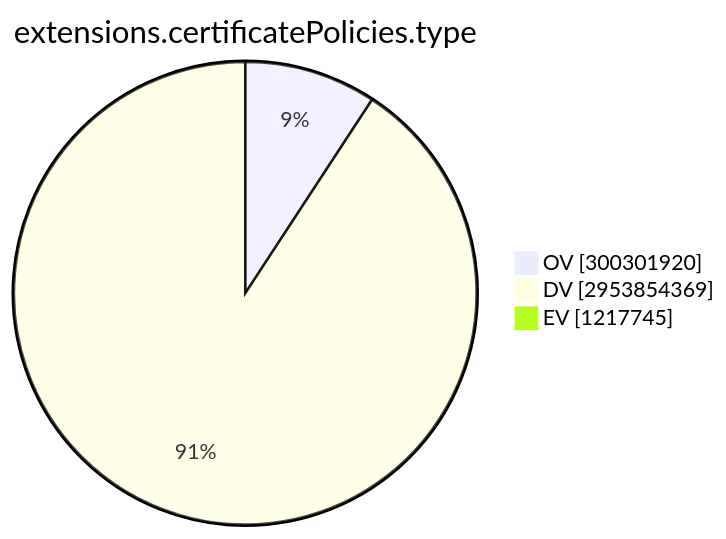
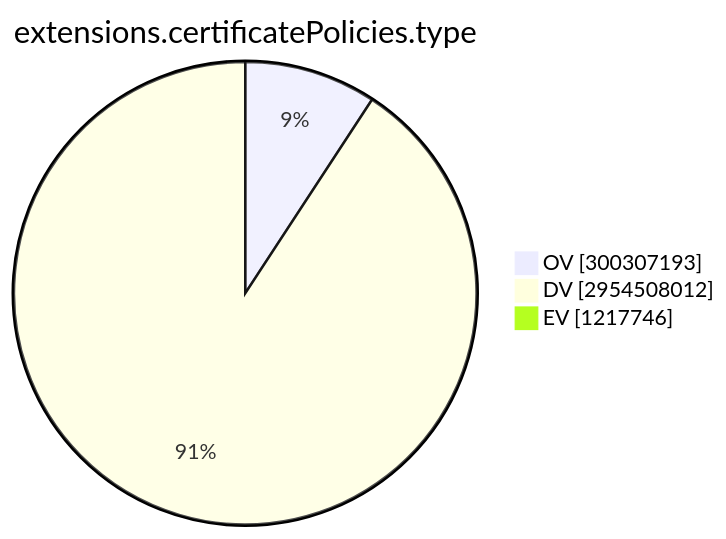
Before and after one commit to christiankrug/ctmonitor_visualization: the ninth of 15 diagrams in TOTAL/README.md, drawn with Mermaid. The commit also changed other lines of this file, not shown here.

````diff
--- a/TOTAL/README.md
+++ b/TOTAL/README.md
@@ -3101,7 +3101,7 @@
 ```mermaid
 pie showData
 title extensions.certificatePolicies.type
-"OV" :300301920
-"DV" :2953854369
-"EV" :1217745
+"OV" :300307193
+"DV" :2954508012
+"EV" :1217746
 ```
````
